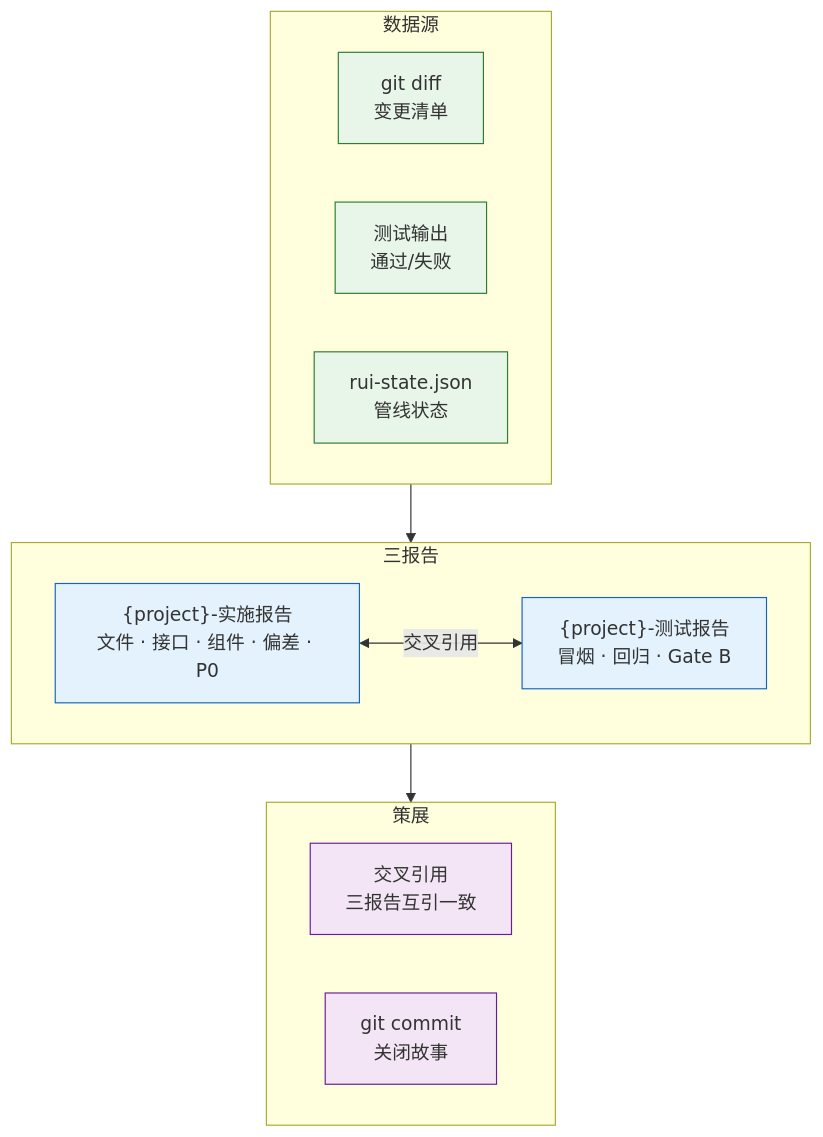
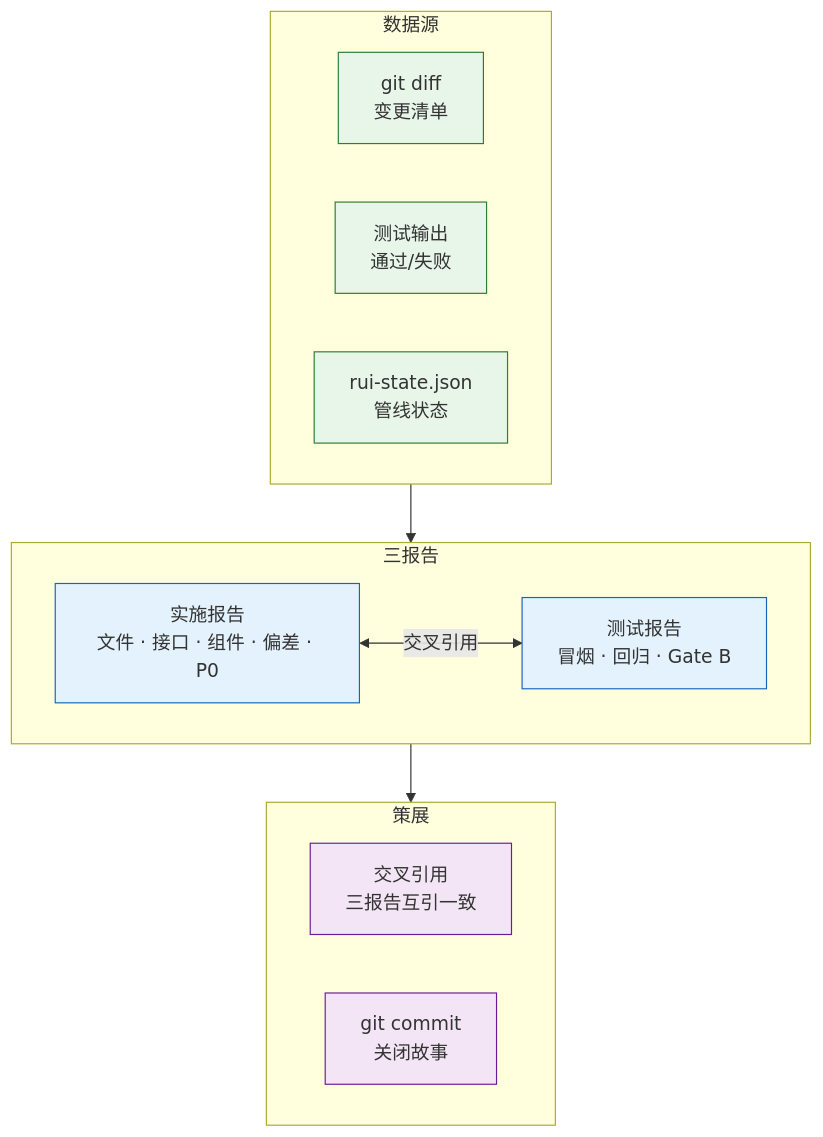
One commit to effiy/YrY changed the first of 5 diagrams in agents/reporter.md. Above: the diagram before and after it, drawn with Mermaid. The commit also changed 61 other files, not shown here.

````diff
--- a/agents/reporter.md
+++ b/agents/reporter.md
@@ -15,26 +15,26 @@
 ```mermaid
 flowchart TB
     subgraph 输入["数据源"]
         DIFF["git diff<br/>变更清单"]:::src
         LOG["测试输出<br/>通过/失败"]:::src
         STATE["rui-state.json<br/>管线状态"]:::src
     end
 
     subgraph 产出["三报告"]
-        B["{project}-实施报告<br/>文件 · 接口 · 组件 · 偏差 · P0"]:::rpt
-        T["{project}-测试报告<br/>冒烟 · 回归 · Gate B"]:::rpt
+        B["实施报告<br/>文件 · 接口 · 组件 · 偏差 · P0"]:::rpt
+        T["测试报告<br/>冒烟 · 回归 · Gate B"]:::rpt
     end
 
     subgraph 策展["策展"]
         CC["交叉引用<br/>三报告互引一致"]:::curate
         CM["git commit<br/>关闭故事"]:::curate
     end
 
     输入 --> 产出
     B <-->|交叉引用| T
     产出 --> 策展
 
     classDef src fill:#e8f5e9,stroke:#2e7d32;
     classDef rpt fill:#e3f2fd,stroke:#1565c0;
     classDef curate fill:#f3e5f5,stroke:#6a1b9a;
 ```
````
